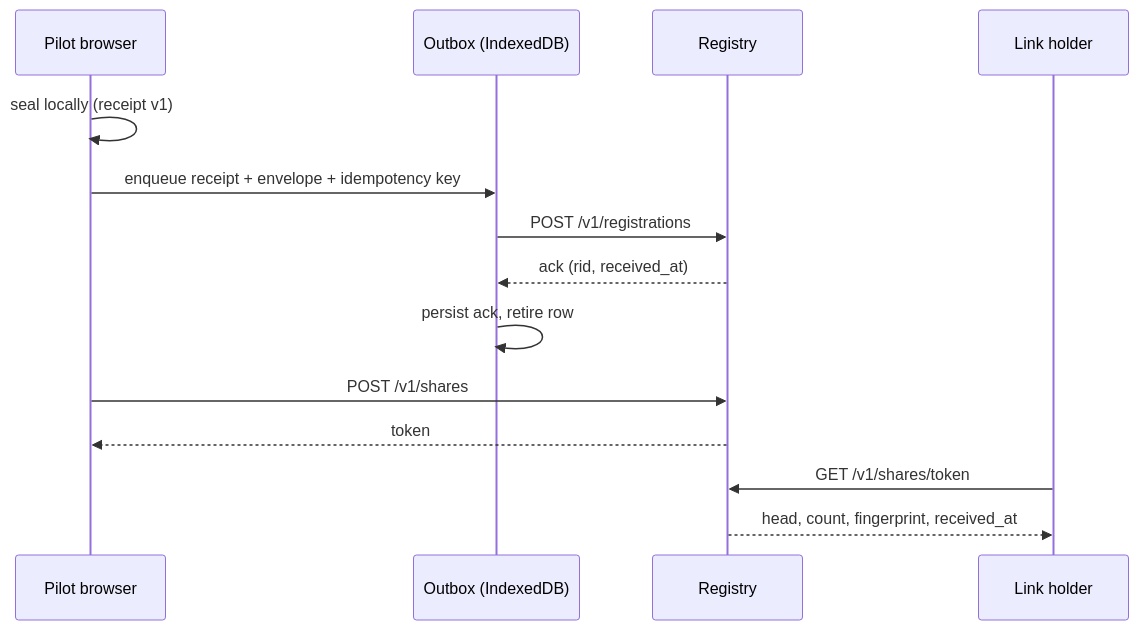
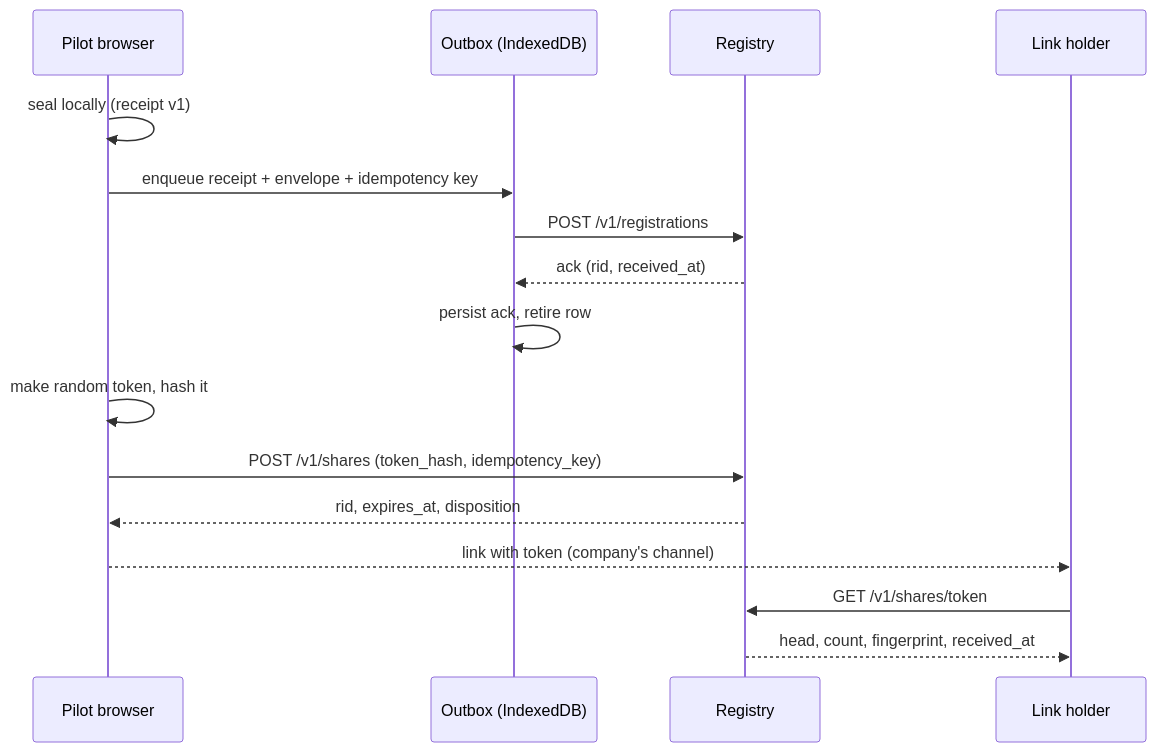
The third of 4 diagrams in _bmad-output/initiative-hashwing-aws/architecture-hashwing-aws/architecture-hashwing-aws.md (anirudh763/flightseal), drawn with Mermaid before and after one commit. The commit also changed other lines of this file and 1 other file, not shown here.

First line of the commit message:
docs(architecture): adopt PR #23 registry contract fixes into the spine

````diff
--- a/_bmad-output/initiative-hashwing-aws/architecture-hashwing-aws/architecture-hashwing-aws.md
+++ b/_bmad-output/initiative-hashwing-aws/architecture-hashwing-aws/architecture-hashwing-aws.md
@@ -202,16 +202,18 @@
 ```mermaid
 sequenceDiagram
   participant P as Pilot browser
   participant O as Outbox (IndexedDB)
   participant R as Registry
   participant V as Link holder
   P->>P: seal locally (receipt v1)
   P->>O: enqueue receipt + envelope + idempotency key
   O->>R: POST /v1/registrations
   R-->>O: ack (rid, received_at)
   O->>O: persist ack, retire row
-  P->>R: POST /v1/shares
-  R-->>P: token
+  P->>P: make random token, hash it
+  P->>R: POST /v1/shares (token_hash, idempotency_key)
+  R-->>P: rid, expires_at, disposition
+  P-->>V: link with token (company's channel)
   V->>R: GET /v1/shares/token
   R-->>V: head, count, fingerprint, received_at
 ```
````
